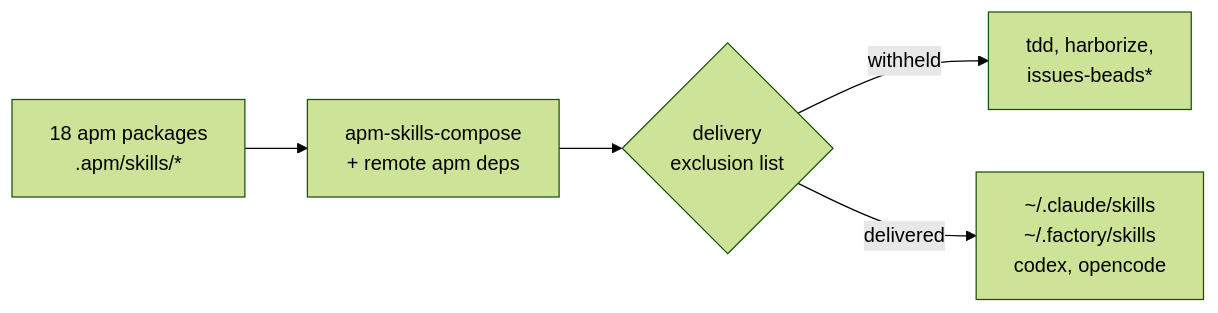
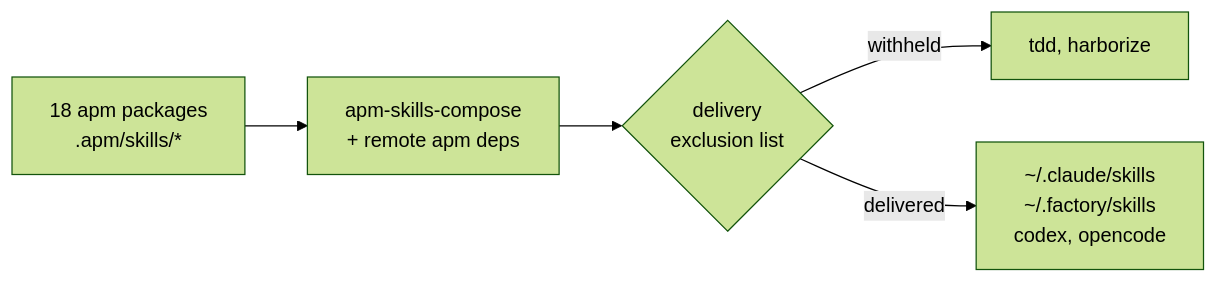
The diagram in modules/home/ai/plugins/README.md (cameronraysmith/infra), drawn with Mermaid (forest theme) before and after one commit. The commit also changed other lines of this file, not shown here.

Commit message:
docs(skills): update the corpus README counts after the beads retirement

````diff
--- a/modules/home/ai/plugins/README.md
+++ b/modules/home/ai/plugins/README.md
@@ -24,7 +24,7 @@
 ```mermaid
 flowchart LR
   A["18 apm packages<br/>.apm/skills/*"] --> B["apm-skills-compose<br/>+ remote apm deps"]
   B --> C{"delivery<br/>exclusion list"}
-  C -->|withheld| D["tdd, harborize,<br/>issues-beads*"]
+  C -->|withheld| D["tdd, harborize"]
   C -->|delivered| E["~/.claude/skills<br/>~/.factory/skills<br/>codex, opencode"]
 ```
````
